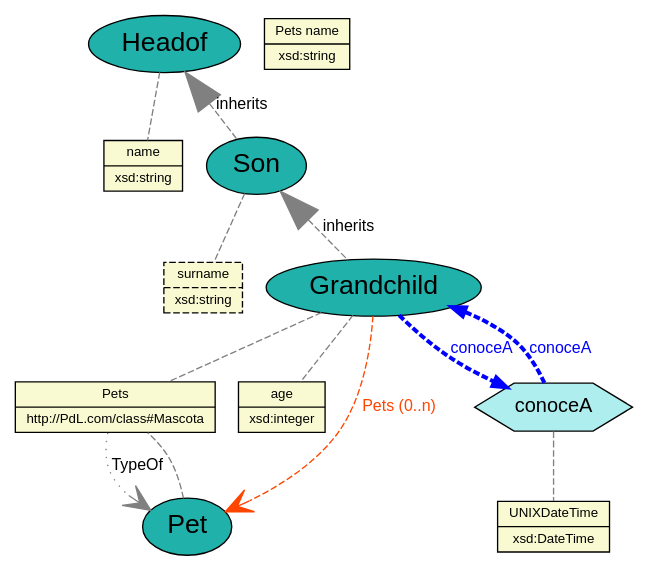
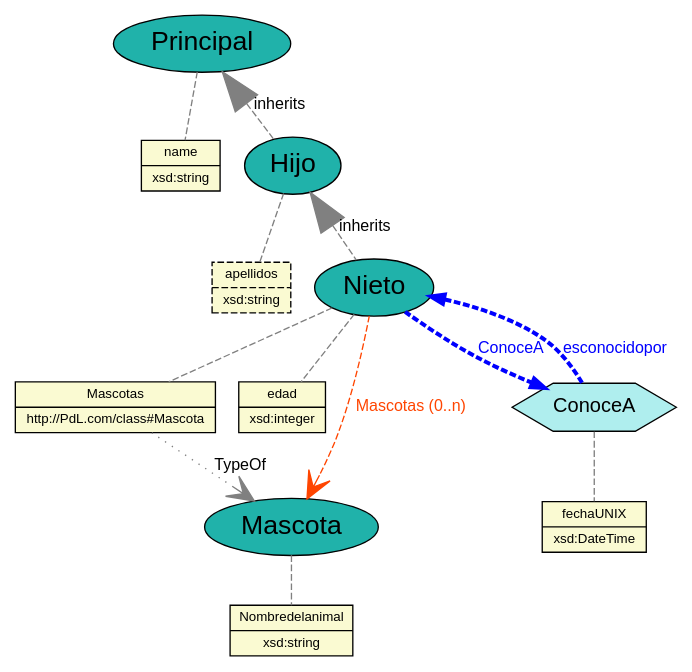
Before and after one commit to JuanCasado/Lenguajes: the diagram in Output/parametros_dot12_domain.dot, drawn with Graphviz. The commit also changed 13 other files, not shown here.

```diff
--- a/Output/parametros_dot12_domain.dot
+++ b/Output/parametros_dot12_domain.dot
@@ -1,58 +1,58 @@
 graph domain{
 	//Defecto
 	node [fontname="Arial"];
 	edge [fontname="Arial",fontsize=12];
 
 	//PROPERTIES
 	node[fontsize="10", fillcolor="lightgoldenrodyellow", style="filled", shape="record", ]
 
 	
-	property_surname [label="{surname|xsd:string}",style="filled,dashed"];
-	property_Pets name [label="{Pets name|xsd:string}"];
-	property_Pets [label="{Pets|http://PdL.com/class#Mascota}"];
+	property_apellidos [label="{apellidos|xsd:string}",style="filled,dashed"];
+	property_Nombredelanimal [label="{Nombredelanimal|xsd:string}"];
+	property_Mascotas [label="{Mascotas|http://PdL.com/class#Mascota}"];
 	property_name [label="{name|xsd:string}"];
-	property_age [label="{age|xsd:integer}"];
-	property_UNIXDateTime [label="{UNIXDateTime|xsd:DateTime}"];
+	property_edad [label="{edad|xsd:integer}"];
+	property_fechaUNIX [label="{fechaUNIX|xsd:DateTime}"];
 
 	//CLASES
 	node[fontsize="20", fillcolor="lightseagreen", style="filled", shape="ellipse", ]
 
 	
-	class_Son [label="Son"];
-	class_Headof [label="Headof"];
-	class_Pet [label="Pet"];
-	class_Grandchild [label="Grandchild"];
+	class_Hijo [label="Hijo"];
+	class_Principal [label="Principal"];
+	class_Mascota [label="Mascota"];
+	class_Nieto [label="Nieto"];
 
 	//RELACIONES
 	node[fontsize="15", fillcolor="paleturquoise", style="filled", shape="hexagon", ]
 
-	relationship_conoceA [label=conoceA];
+	relationship_ConoceA [label=ConoceA];
 
 	//CLASE -- PROPIEDAD
 	edge[len="3", style="dashed", color="grey", ]
 
-	class_Son -- property_surname;
-	class_Headof -- property_name;
-	class_Pet -- property_Pets name;
-	class_Grandchild -- property_age;
-	class_Grandchild -- property_Pets;
+	class_Hijo -- property_apellidos;
+	class_Principal -- property_name;
+	class_Mascota -- property_Nombredelanimal;
+	class_Nieto -- property_edad;
+	class_Nieto -- property_Mascotas;
 
 	//RELACION -- PROPIEDAD
-	relationship_conoceA -- property_UNIXDateTime;
+	relationship_ConoceA -- property_fechaUNIX;
 
 	// uso indirecto de definición de tipos
-	property_Pets -- class_Pet [arrowsize="2", style="dotted", arrowhead="vee", dir="forward", label="TypeOf"];
+	property_Mascotas -- class_Mascota [arrowsize="2", style="dotted", arrowhead="vee", dir="forward", label="TypeOf"];
 
 	// asociaciones a través de atributos marcadas de forma directa
-	class_Grandchild -- class_Pet [label="Pets (0..n) "fontcolor="orangered", color="orangered", style="dashed", arrowhead="vee",dir="forward",arrowsize="2"];
+	class_Nieto -- class_Mascota [label="Mascotas (0..n) "fontcolor="orangered", color="orangered", style="dashed", arrowhead="vee",dir="forward",arrowsize="2"];
 
 	// herencias
-	class_Headof -- class_Son [arrowsize="3", arrowhead="normal", dir="back", label="inherits"];
-	class_Son -- class_Grandchild [arrowsize="3", arrowhead="normal", dir="back", label="inherits"];
+	class_Principal -- class_Hijo [arrowsize="3", arrowhead="normal", dir="back", label="inherits"];
+	class_Hijo -- class_Nieto [arrowsize="3", arrowhead="normal", dir="back", label="inherits"];
 
 	// enlaces de relaciones
 	edge[len="2",penwidth="3",color="blue"]
-	class_Grandchild -- relationship_conoceA [label="conoceA",fontcolor="blue",dir="forward",arrowhead="normal"];
-relationship_conoceA -- class_Grandchild [label="conoceA",fontcolor="blue",dir="forward",arrowhead="normal"];
+	class_Nieto -- relationship_ConoceA [label="ConoceA",fontcolor="blue",dir="forward",arrowhead="normal"];
+	relationship_ConoceA -- class_Nieto [label="esconocidopor",fontcolor="blue",dir="forward",arrowhead="normal"];
 
 }
```
